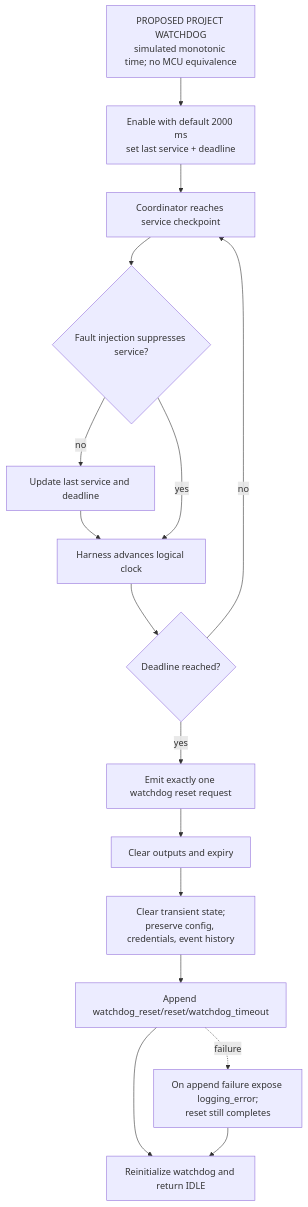
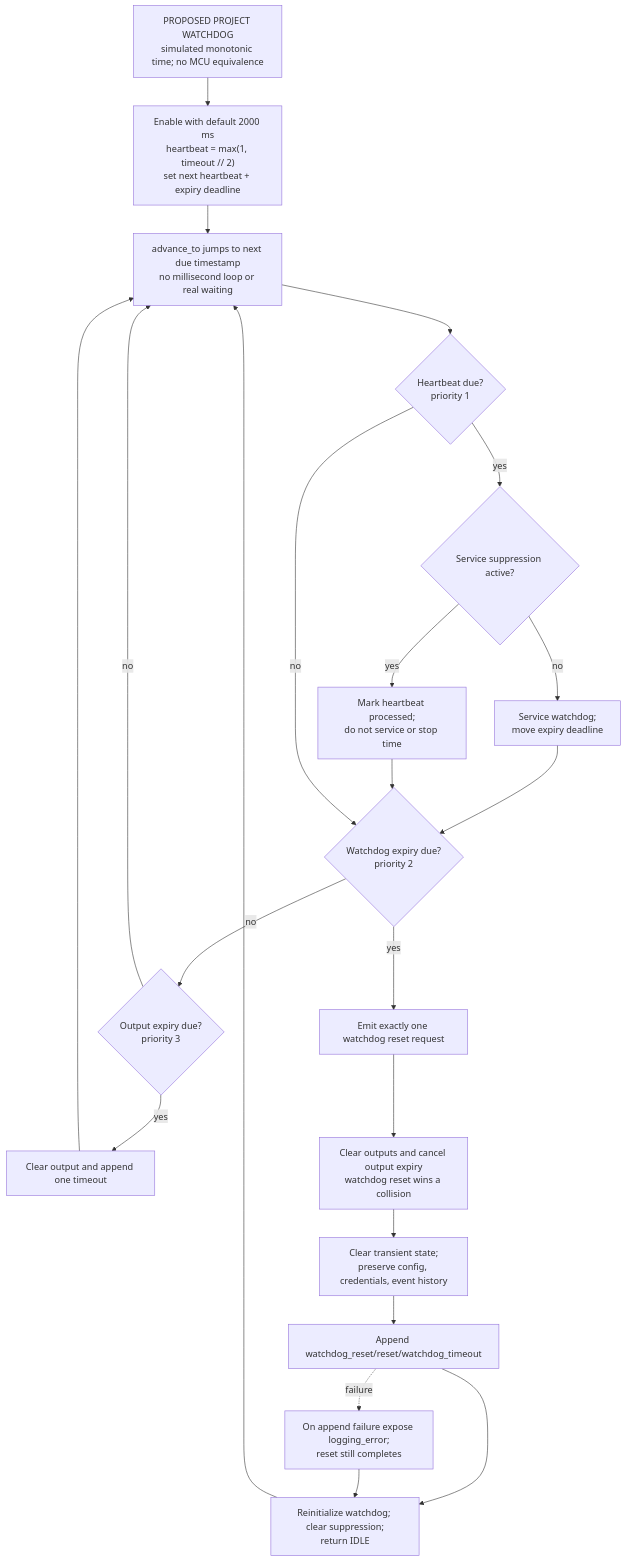
One commit to BarShtainv/EEEProjectElevator changed the diagram in docs/figures/watchdog_sequence.mmd. Above: the diagram before and after it, drawn with Mermaid. The commit also changed other lines of this file and 10 other files, not shown here.

```diff
--- a/docs/figures/watchdog_sequence.mmd
+++ b/docs/figures/watchdog_sequence.mmd
@@ -1,22 +1,29 @@
 flowchart TD
     NOTE["PROPOSED PROJECT WATCHDOG<br/>simulated monotonic time; no MCU equivalence"]
-    INIT["Enable with default 2000 ms<br/>set last service + deadline"]
-    PROG["Coordinator reaches service checkpoint"]
-    SUP{"Fault injection suppresses service?"}
-    SERVICE["Update last service and deadline"]
-    ADV["Harness advances logical clock"]
-    EXP{"Deadline reached?"}
+    INIT["Enable with default 2000 ms<br/>heartbeat = max(1, timeout // 2)<br/>set next heartbeat + expiry deadline"]
+    ADV["advance_to jumps to next due timestamp<br/>no millisecond loop or real waiting"]
+    HB{"Heartbeat due?<br/>priority 1"}
+    SUP{"Service suppression active?"}
+    SERVICE["Service watchdog;<br/>move expiry deadline"]
+    SKIP["Mark heartbeat processed;<br/>do not service or stop time"]
+    EXP{"Watchdog expiry due?<br/>priority 2"}
     REQ["Emit exactly one watchdog reset request"]
-    OFF["Clear outputs and expiry"]
+    OUT{"Output expiry due?<br/>priority 3"}
+    TIMEOUT["Clear output and append one timeout"]
+    OFF["Clear outputs and cancel output expiry<br/>watchdog reset wins a collision"]
     CLEAR["Clear transient state;<br/>preserve config, credentials, event history"]
     LOG["Append watchdog_reset/reset/watchdog_timeout"]
-    REINIT["Reinitialize watchdog and return IDLE"]
+    REINIT["Reinitialize watchdog; clear suppression;<br/>return IDLE"]
     LOGFAIL["On append failure expose logging_error;<br/>reset still completes"]
 
-    NOTE --> INIT --> PROG --> SUP
-    SUP -- no --> SERVICE --> ADV
-    SUP -- yes --> ADV
-    ADV --> EXP
-    EXP -- no --> PROG
+    NOTE --> INIT --> ADV --> HB
+    HB -- yes --> SUP
+    SUP -- no --> SERVICE --> EXP
+    SUP -- yes --> SKIP --> EXP
+    HB -- no --> EXP
     EXP -- yes --> REQ --> OFF --> CLEAR --> LOG --> REINIT
+    EXP -- no --> OUT
+    OUT -- yes --> TIMEOUT --> ADV
+    OUT -- no --> ADV
     LOG -. failure .-> LOGFAIL --> REINIT
+    REINIT --> ADV
```
